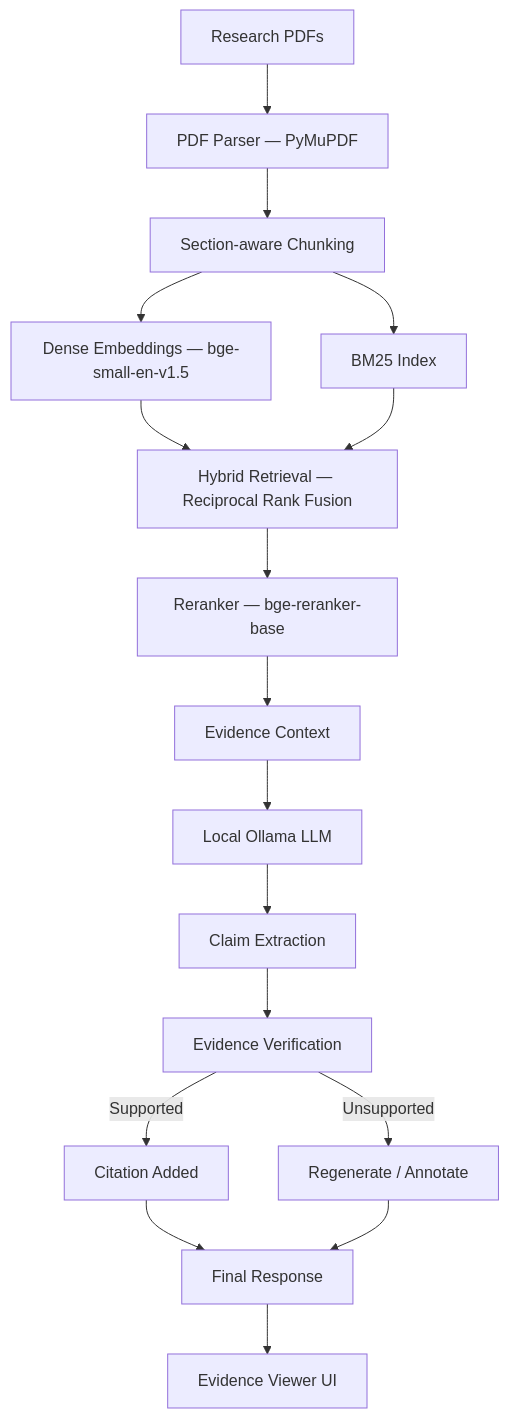
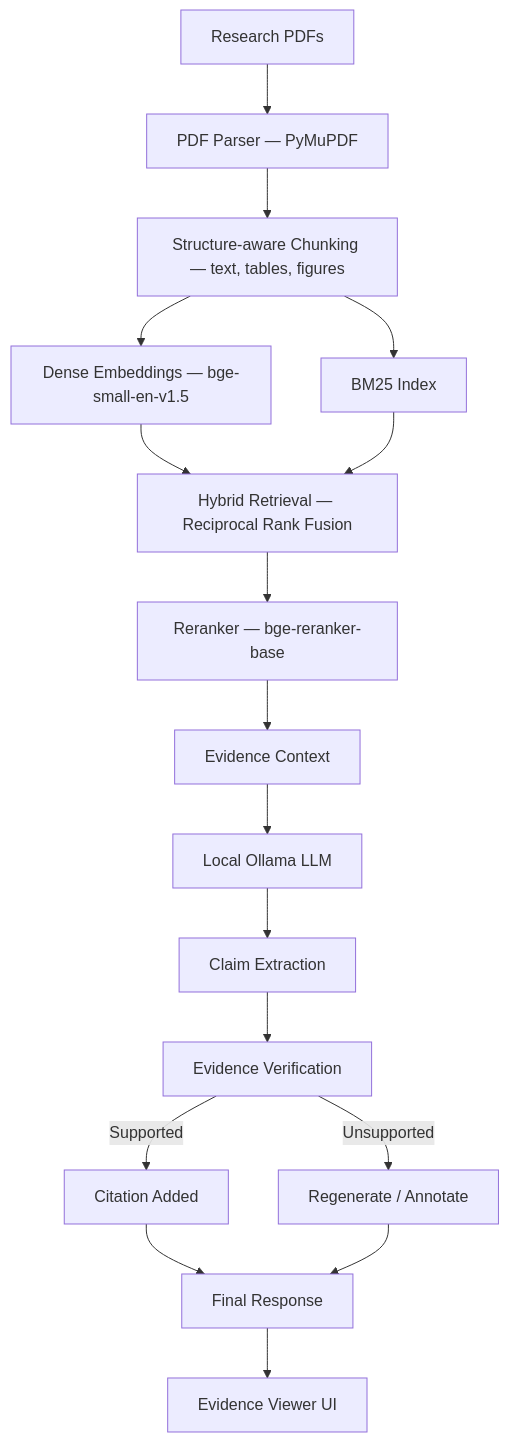
Before and after one commit to ARPurohit07/BioLit: the first of 2 diagrams in README.md, drawn with Mermaid. The commit also changed other lines of this file and 31 other files, not shown here.

````diff
--- a/README.md
+++ b/README.md
@@ -45,19 +56,19 @@
 ```mermaid
 flowchart TD
     A[Research PDFs] --> B[PDF Parser — PyMuPDF]
-    B --> C[Section-aware Chunking]
+    B --> C[Structure-aware Chunking — text, tables, figures]
     C --> D[Dense Embeddings — bge-small-en-v1.5]
     C --> E[BM25 Index]
     D --> F[Hybrid Retrieval — Reciprocal Rank Fusion]
     E --> F
     F --> G[Reranker — bge-reranker-base]
     G --> H[Evidence Context]
     H --> I[Local Ollama LLM]
     I --> J[Claim Extraction]
     J --> K[Evidence Verification]
     K -->|Supported| L[Citation Added]
     K -->|Unsupported| M[Regenerate / Annotate]
     L --> N[Final Response]
     M --> N
     N --> O[Evidence Viewer UI]
 ```
````
